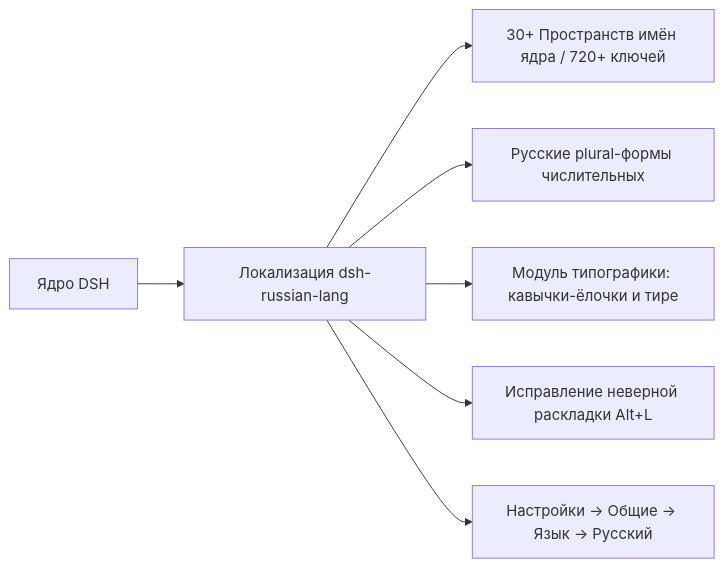
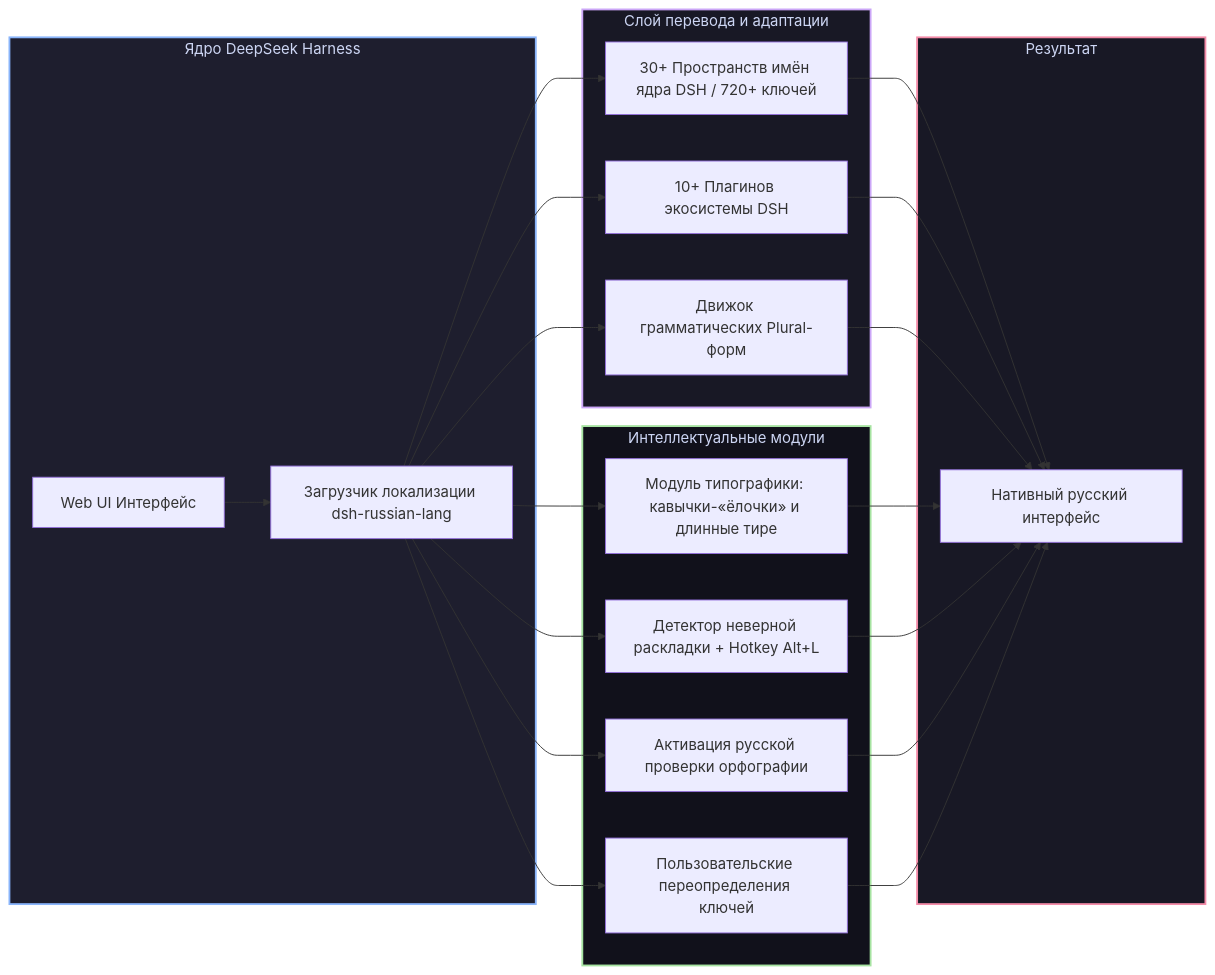
Before and after one commit to GooDAnDReaDY/dsh-russian-lang: the diagram in README.md, drawn with Mermaid. The commit also changed other lines of this file, not shown here.

Commit message:
docs: expand dsh-russian-lang with full core namespaces, 10+ plugin translations, plural engine, typography & Alt+L layout fix

````diff
--- a/README.md
+++ b/README.md
@@ -20,9 +24,34 @@
 ```mermaid
 graph LR
-    Core[Ядро DSH] --> Router[Локализация dsh-russian-lang]
-    Router --> Dicts[30+ Пространств имён ядра / 720+ ключей]
-    Router --> Plurals[Русские plural-формы числительных]
-    Router --> Typo[Модуль типографики: кавычки-ёлочки и тире]
-    Router --> LayoutFix[Исправление неверной раскладки Alt+L]
-    Router --> NativeMenu[Настройки -> Общие -> Язык -> Русский]
+    subgraph DSHCore [Ядро DeepSeek Harness]
+        DSH[Web UI Интерфейс] --> Loader[Загрузчик локализации dsh-russian-lang]
+    end
+
+    subgraph TranslationLayer [Слой перевода и адаптации]
+        Loader --> CoreDict[30+ Пространств имён ядра DSH / 720+ ключей]
+        Loader --> PluginDict[10+ Плагинов экосистемы DSH]
+        Loader --> PluralEngine[Движок грамматических Plural-форм]
+    end
+
+    subgraph SmartFeatures [Интеллектуальные модули]
+        Loader --> Typo[Модуль типографики: кавычки-«ёлочки» и длинные тире]
+        Loader --> LayoutFix[Детектор неверной раскладки + Hotkey Alt+L]
+        Loader --> Spell[Активация русской проверки орфографии]
+        Loader --> Overrides[Пользовательские переопределения ключей]
+    end
+
+    subgraph Result [Результат]
+        CoreDict --> NativeUI[Нативный русский интерфейс]
+        PluginDict --> NativeUI
+        PluralEngine --> NativeUI
+        Typo --> NativeUI
+        LayoutFix --> NativeUI
+        Spell --> NativeUI
+        Overrides --> NativeUI
+    end
+
+    style DSHCore fill:#1e1e2e,stroke:#89b4fa,stroke-width:2px,color:#cdd6f4
+    style TranslationLayer fill:#181825,stroke:#cba6f7,stroke-width:2px,color:#cdd6f4
+    style SmartFeatures fill:#11111b,stroke:#a6e3a1,stroke-width:2px,color:#cdd6f4
+    style Result fill:#181825,stroke:#f38ba8,stroke-width:2px,color:#cdd6f4
 ```
````
